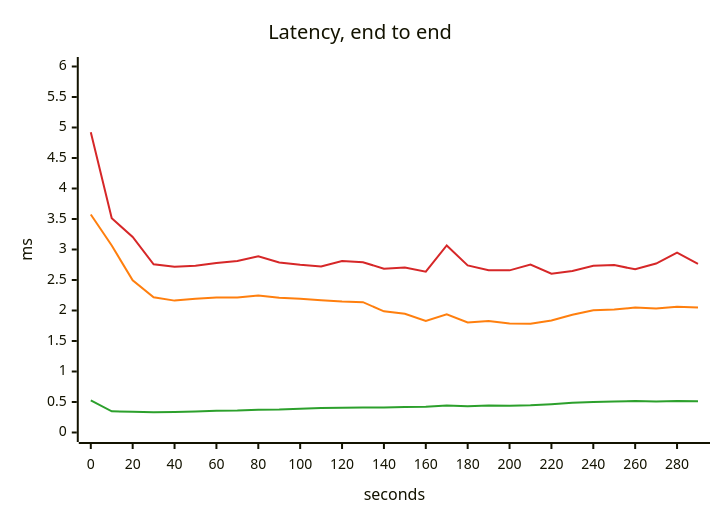
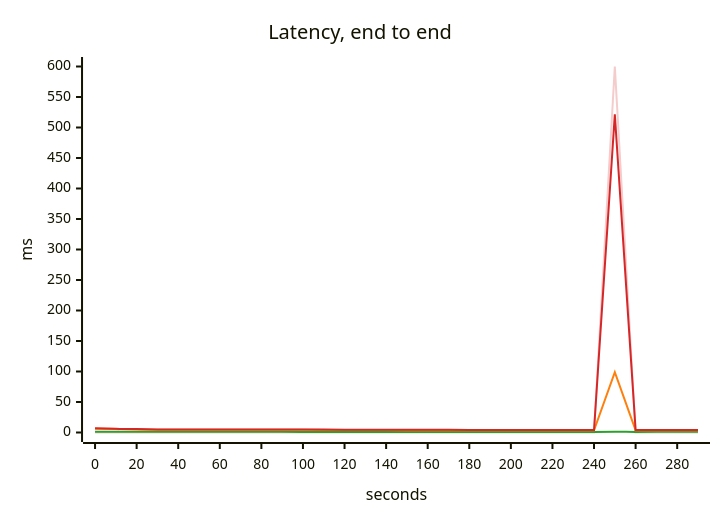
Before and after one commit to akinfemi/load-lore: the third of 5 diagrams in scenarios/viral-post/solutions/cache-the-posts/report.md, drawn with Mermaid. The commit also changed other lines of this file and 49 other files, not shown here.

````diff
--- a/scenarios/viral-post/solutions/cache-the-posts/report.md
+++ b/scenarios/viral-post/solutions/cache-the-posts/report.md
@@ -60,16 +61,17 @@
 ```mermaid
 ---
 config:
   themeVariables:
     xyChart:
       backgroundColor: "transparent"
-      plotColorPalette: "#2ca02c, #ff7f0e, #d62728"
+      plotColorPalette: "#f4cccc, #2ca02c, #ff7f0e, #d62728"
 ---
 xychart-beta
     title "Latency, end to end"
     x-axis "seconds" 0 --> 290
-    y-axis "ms" 0 --> 6
-    line [0.525, 0.347, 0.34, 0.334, 0.336, 0.344, 0.357, 0.361, 0.373, 0.376, 0.389, 0.401, 0.405, 0.41, 0.411, 0.419, 0.422, 0.441, 0.431, 0.442, 0.44, 0.446, 0.465, 0.488, 0.501, 0.508, 0.516, 0.509, 0.516, 0.513]
-    line [3.573, 3.065, 2.494, 2.217, 2.162, 2.191, 2.212, 2.213, 2.246, 2.21, 2.194, 2.169, 2.147, 2.136, 1.986, 1.947, 1.827, 1.937, 1.804, 1.829, 1.785, 1.782, 1.836, 1.931, 2.003, 2.016, 2.049, 2.032, 2.063, 2.051]
-    line [4.923, 3.512, 3.205, 2.757, 2.718, 2.734, 2.78, 2.81, 2.888, 2.786, 2.75, 2.722, 2.81, 2.791, 2.685, 2.703, 2.637, 3.066, 2.74, 2.66, 2.658, 2.754, 2.602, 2.646, 2.732, 2.745, 2.675, 2.77, 2.949, 2.766]
+    y-axis "ms" 0 --> 600
+    line [0, 0, 0, 0, 0, 0, 0, 0, 0, 0, 0, 0, 0, 0, 0, 0, 0, 0, 0, 0, 0, 0, 0, 0, 0, 600, 0, 0, 0, 0]
+    line [1.359, 1.102, 1.063, 1.053, 1.05, 1.043, 1.037, 1.034, 1.028, 1.026, 1.022, 1.019, 1.011, 1.008, 1.009, 1.009, 1.013, 1.014, 1.015, 1.019, 1.022, 1.024, 1.025, 1.024, 1.025, 1.191, 1.022, 1.027, 1.031, 1.034]
+    line [6.246, 5.658, 4.979, 4.704, 4.61, 4.568, 4.495, 4.484, 4.431, 4.387, 4.382, 4.301, 4.221, 4.135, 4.019, 3.857, 3.782, 3.732, 3.646, 3.625, 3.624, 3.627, 3.63, 3.604, 3.613, 98.751, 3.681, 3.655, 3.701, 3.724]
+    line [6.788, 5.966, 5.682, 5.039, 5, 4.986, 4.929, 4.941, 4.909, 4.79, 4.824, 4.761, 4.627, 4.598, 4.611, 4.521, 4.516, 4.53, 4.29, 4.233, 4.217, 4.181, 4.168, 4.197, 4.169, 521.484, 4.065, 4.014, 4.022, 4.09]
 ```
````
